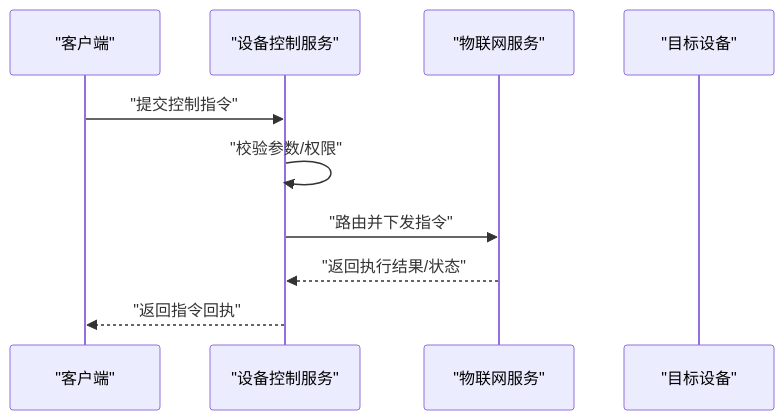
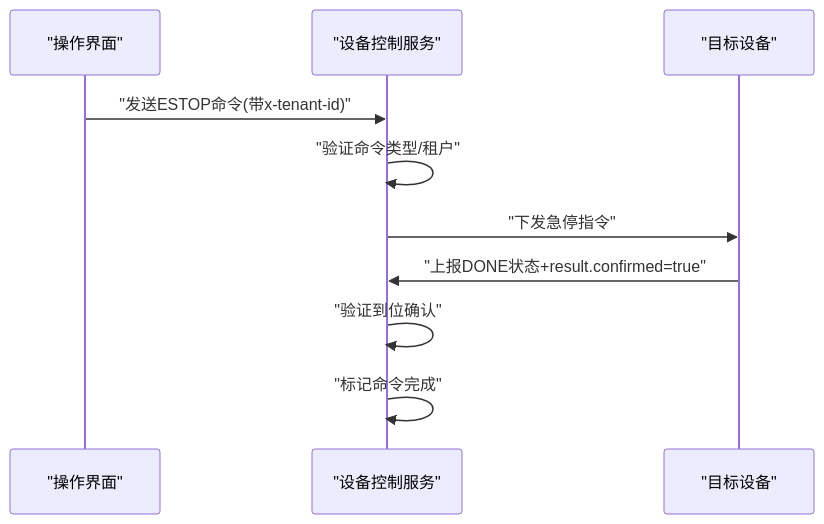
One commit to q446328246/agri-platform changed the seventh of 28 diagrams in .qoder/repowiki/zh/content/核心服务文档/其他业务服务.md. Above: the diagram before and after it, drawn with Mermaid. The commit also changed other lines of this file and 52 other files, not shown here.

````diff
--- a/.qoder/repowiki/zh/content/核心服务文档/其他业务服务.md
+++ b/.qoder/repowiki/zh/content/核心服务文档/其他业务服务.md
@@ -210,12 +320,12 @@
 ```mermaid
 sequenceDiagram
-participant C as "客户端"
+participant UI as "操作界面"
 participant CS as "设备控制服务"
-participant IoT as "物联网服务"
 participant DEV as "目标设备"
-C->>CS : "提交控制指令"
-CS->>CS : "校验参数/权限"
-CS->>IoT : "路由并下发指令"
-IoT-->>CS : "返回执行结果/状态"
-CS-->>C : "返回指令回执"
+UI->>CS : "发送ESTOP命令(带x-tenant-id)"
+CS->>CS : "验证命令类型/租户"
+CS->>DEV : "下发急停指令"
+DEV->>CS : "上报DONE状态+result.confirmed=true"
+CS->>CS : "验证到位确认"
+CS->>CS : "标记命令完成"
 ```
````
